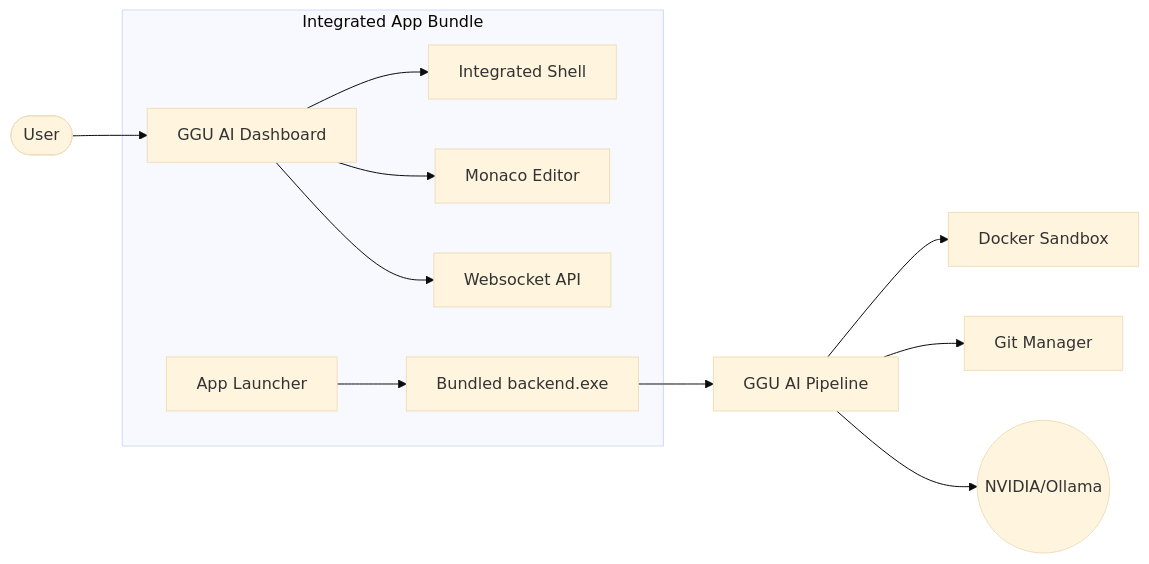
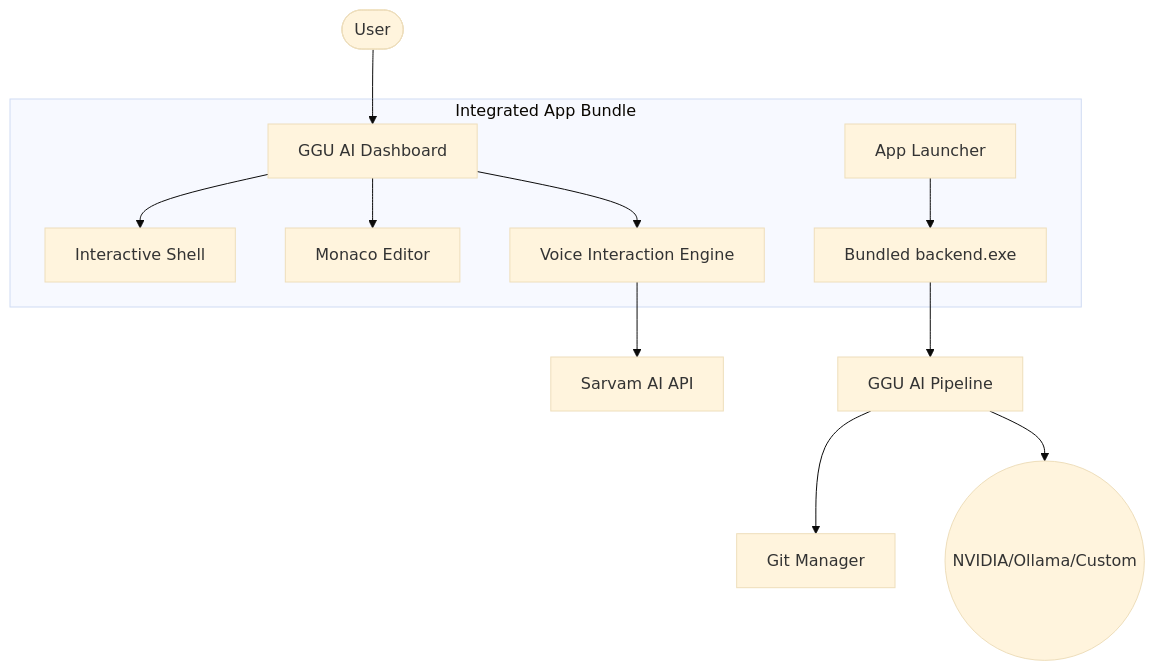
The diagram in README.md (Pavankumarswamy/AI-agents), drawn with Mermaid (base theme) before and after one commit. The commit also changed other lines of this file and 14 other files, not shown here.

````diff
--- a/README.md
+++ b/README.md
@@ -54,14 +65,14 @@
 ```mermaid
-graph LR
+graph TD
     User([User]) --> UI[GGU AI Dashboard]
     subgraph Integrated App Bundle
-        UI --> Terminal[Integrated Shell]
+        UI --> Terminal[Interactive Shell]
         UI --> Editor[Monaco Editor]
-        UI --> WS[Websocket API]
+        UI --> LUCA[Voice Interaction Engine]
         Launcher[App Launcher] --> Backend[Bundled backend.exe]
     end
     Backend --> Agent[GGU AI Pipeline]
-    Agent --> Docker[Docker Sandbox]
     Agent --> Git[Git Manager]
-    Agent --> LLM((NVIDIA/Ollama))
+    Agent --> LLM((NVIDIA/Ollama/Custom))
+    LUCA --> Sarvam[Sarvam AI API]
 ```
````
